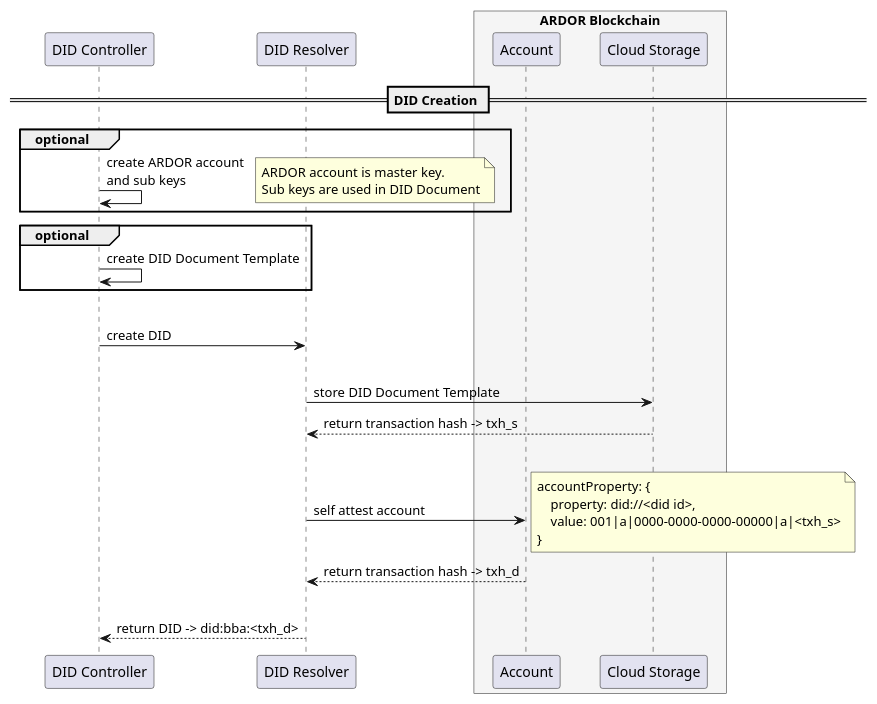
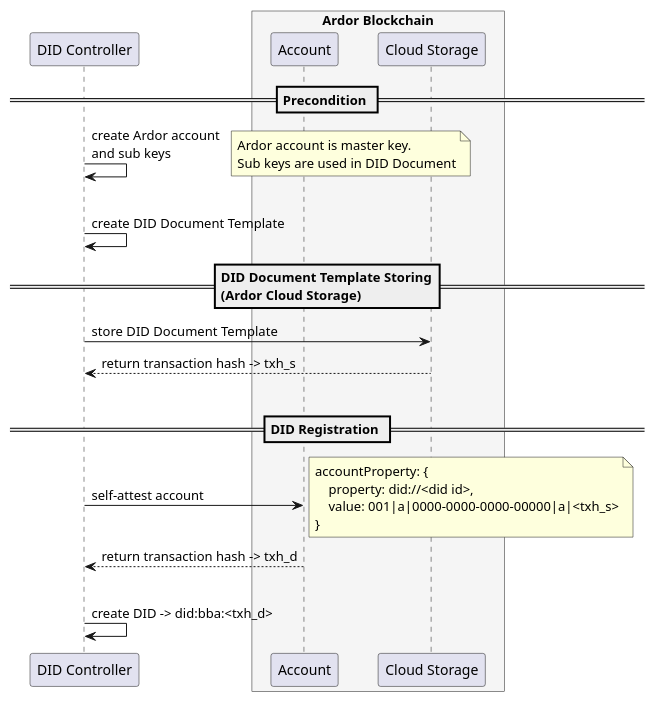
One commit to blobaa/bba-did-method-specification changed the diagram in docs/plantuml/src/did-create.puml. Above: the diagram before and after it, drawn with PlantUML. The commit also changed 1 other file, not shown here.

Commit message:
updated did creation diagram

```diff
--- a/docs/plantuml/src/did-create.puml
+++ b/docs/plantuml/src/did-create.puml
@@ -1,44 +1,40 @@
 @startuml
 skinparam BoxPadding 15
 skinparam ParticipantPadding 15
 
 
-participant "DID Controller" as USR
-participant "DID Resolver" as RES
-box "ARDOR Blockchain" #WhiteSmoke
+participant "DID Controller" as DCR
+box "Ardor Blockchain" #WhiteSmoke
     participant "Account" as ATTE
     participant "Cloud Storage" as STR
 end box
 
 
-== DID Creation ==
+== Precondition ==
+DCR -> DCR: create Ardor account\nand sub keys
+note right
+    Ardor account is master key.
+    Sub keys are used in DID Document
+end note
+|||
+DCR -> DCR: create DID Document Template
 
-group optional
-    USR -> USR: create ARDOR account\nand sub keys
-    note right
-        ARDOR account is master key.
-        Sub keys are used in DID Document
-    end note
-end
-group optional
-    USR -> USR: create DID Document Template
-end
+== DID Document Template Storing\n(Ardor Cloud Storage) ==
+DCR -> STR: store DID Document Template
+STR --> DCR: return transaction hash -> txh_s
 |||
-USR -> RES: create DID
-|||
-RES -> STR: store DID Document Template
-STR --> RES: return transaction hash -> txh_s
-|||
-RES -> ATTE: self attest account
+
+== DID Registration ==
+DCR -> ATTE: self-attest account
 note right
     accountProperty: {
         property: did://<did id>,
         value: 001|a|0000-0000-0000-00000|a|<txh_s>
     }
 end note
-ATTE --> RES: return transaction hash -> txh_d
+ATTE --> DCR: return transaction hash -> txh_d
 |||
-RES --> USR: return DID -> did:bba:<txh_d>
+DCR -> DCR: create DID -> did:bba:<txh_d>
 
 
 @enduml
```
